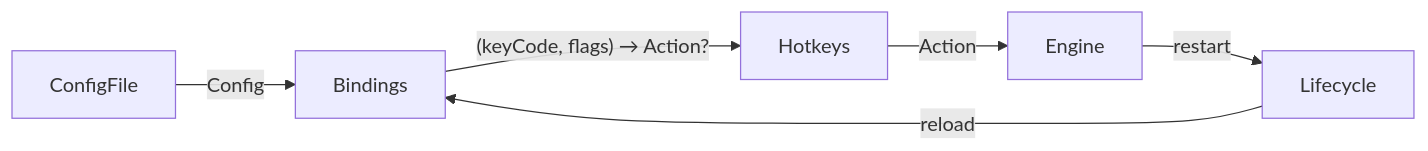
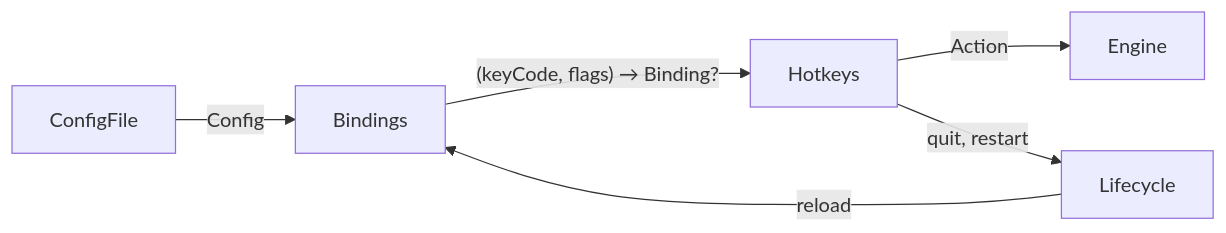
One commit to brennovich/ottowm changed the third of 19 diagrams in ARCHITECTURE.md. Above: the diagram before and after it, drawn with Mermaid. The commit also changed other lines of this file and 15 other files, not shown here.

First line of the commit message:
Keep lifecycle commands out of the Engine

````diff
--- a/ARCHITECTURE.md
+++ b/ARCHITECTURE.md
@@ -115,8 +116,8 @@
 ```mermaid
 flowchart LR
     ConfigFile -->|Config| Bindings
-    Bindings -->|"(keyCode, flags) → Action?"| Hotkeys
+    Bindings -->|"(keyCode, flags) → Binding?"| Hotkeys
     Hotkeys -->|Action| Engine
-    Engine -->|restart| Lifecycle
+    Hotkeys -->|quit, restart| Lifecycle
     Lifecycle -->|reload| Bindings
 ```
````
